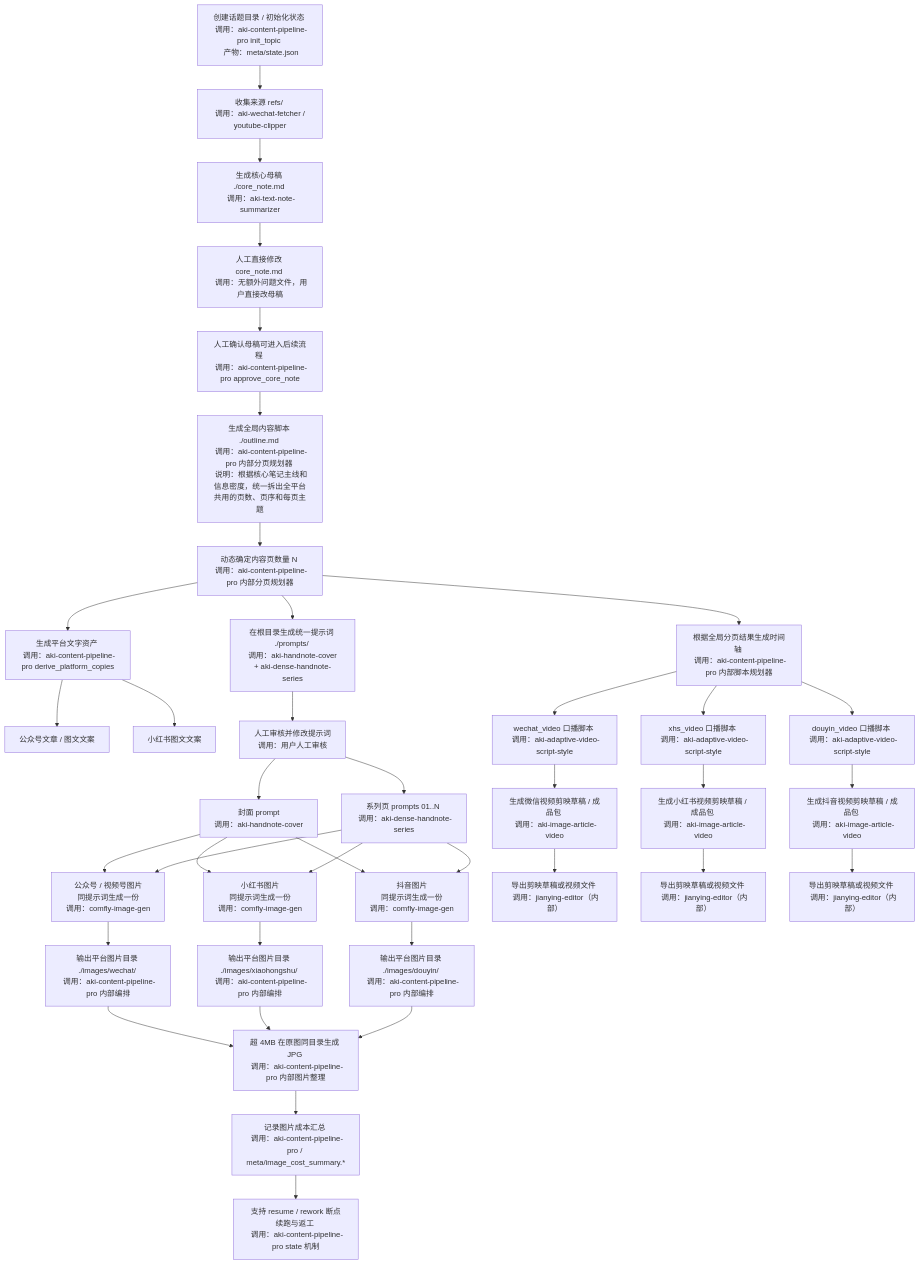
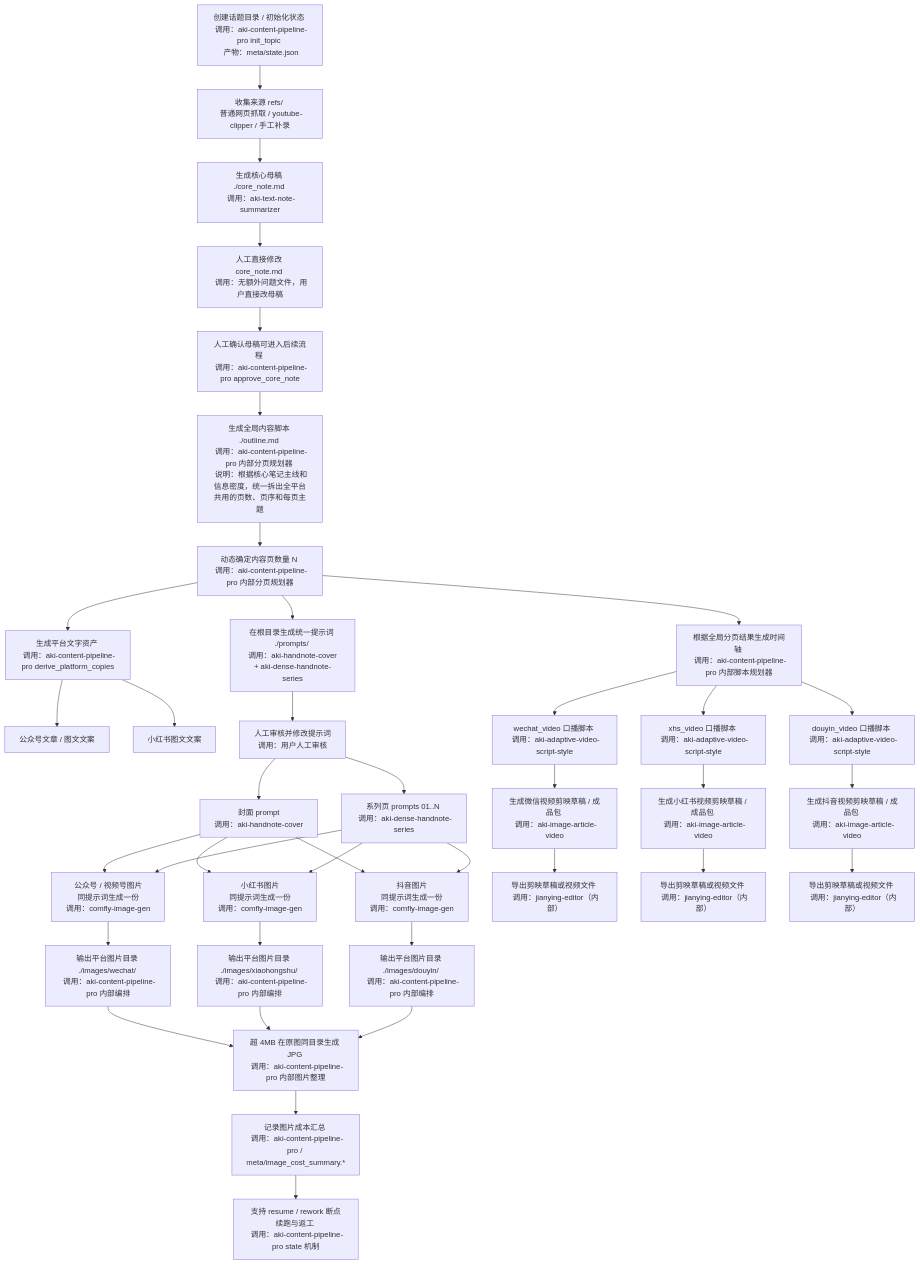
Before and after one commit to huangzonggui/aki-skills: the diagram in skills/aki-content-pipeline-pro/plan.md, drawn with Mermaid. The commit also changed other lines of this file and 145 other files, not shown here.

````diff
--- a/skills/aki-content-pipeline-pro/plan.md
+++ b/skills/aki-content-pipeline-pro/plan.md
@@ -23,40 +23,40 @@
 ```mermaid
 flowchart TD
-  A0["创建话题目录 / 初始化状态 <br/> 调用：aki-content-pipeline-pro init_topic <br/> 产物：meta/state.json"] --> A["收集来源 refs/ <br/> 调用：aki-wechat-fetcher / youtube-clipper"]
+  A0["创建话题目录 / 初始化状态 <br/> 调用：aki-content-pipeline-pro init_topic <br/> 产物：meta/state.json"] --> A["收集来源 refs/ <br/> 普通网页抓取 / youtube-clipper / 手工补录"]
   A --> B["生成核心母稿 ./core_note.md <br/> 调用：aki-text-note-summarizer"]
   B --> C["人工直接修改 core_note.md <br/> 调用：无额外问题文件，用户直接改母稿"]
   C --> C1["人工确认母稿可进入后续流程 <br/> 调用：aki-content-pipeline-pro approve_core_note"]
   C1 --> D["生成全局内容脚本 ./outline.md <br/> 调用：aki-content-pipeline-pro 内部分页规划器 <br/> 说明：根据核心笔记主线和信息密度，统一拆出全平台共用的页数、页序和每页主题"]
   D --> E["动态确定内容页数量 N <br/> 调用：aki-content-pipeline-pro 内部分页规划器"]
   E --> F["生成平台文字资产 <br/> 调用：aki-content-pipeline-pro derive_platform_copies"]
   F --> F1["公众号文章 / 图文文案"]
   F --> F2["小红书图文文案"]
   E --> G["在根目录生成统一提示词 ./prompts/ <br/> 调用：aki-handnote-cover + aki-dense-handnote-series"]
   G --> G1["人工审核并修改提示词 <br/> 调用：用户人工审核"]
   G1 --> H["封面 prompt <br/> 调用：aki-handnote-cover"]
   G1 --> I["系列页 prompts 01..N <br/> 调用：aki-dense-handnote-series"]
   H --> J["公众号 / 视频号图片 <br/> 同提示词生成一份 <br/> 调用：comfly-image-gen"]
   I --> J
   H --> K["小红书图片 <br/> 同提示词生成一份 <br/> 调用：comfly-image-gen"]
   I --> K
   H --> L["抖音图片 <br/> 同提示词生成一份 <br/> 调用：comfly-image-gen"]
   I --> L
   J --> M["输出平台图片目录 ./images/wechat/ <br/> 调用：aki-content-pipeline-pro 内部编排"]
   K --> N["输出平台图片目录 ./images/xiaohongshu/ <br/> 调用：aki-content-pipeline-pro 内部编排"]
   L --> O["输出平台图片目录 ./images/douyin/ <br/> 调用：aki-content-pipeline-pro 内部编排"]
   M --> P["超 4MB 在原图同目录生成 JPG <br/> 调用：aki-content-pipeline-pro 内部图片整理"]
   N --> P
   O --> P
   P --> P1["记录图片成本汇总 <br/> 调用：aki-content-pipeline-pro / meta/image_cost_summary.*"]
   E --> Q["根据全局分页结果生成时间轴 <br/> 调用：aki-content-pipeline-pro 内部脚本规划器"]
   Q --> R["wechat_video 口播脚本 <br/> 调用：aki-adaptive-video-script-style"]
   Q --> S["xhs_video 口播脚本 <br/> 调用：aki-adaptive-video-script-style"]
   Q --> T["douyin_video 口播脚本 <br/> 调用：aki-adaptive-video-script-style"]
   R --> U["生成微信视频剪映草稿 / 成品包 <br/> 调用：aki-image-article-video"]
   S --> V["生成小红书视频剪映草稿 / 成品包 <br/> 调用：aki-image-article-video"]
   T --> W["生成抖音视频剪映草稿 / 成品包 <br/> 调用：aki-image-article-video"]
   U --> X["导出剪映草稿或视频文件 <br/> 调用：jianying-editor（内部）"]
   V --> Y["导出剪映草稿或视频文件 <br/> 调用：jianying-editor（内部）"]
   W --> Z["导出剪映草稿或视频文件 <br/> 调用：jianying-editor（内部）"]
   P1 --> R1["支持 resume / rework 断点续跑与返工 <br/> 调用：aki-content-pipeline-pro state 机制"]
 ```
````
